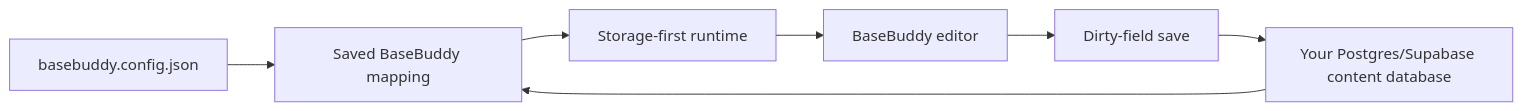
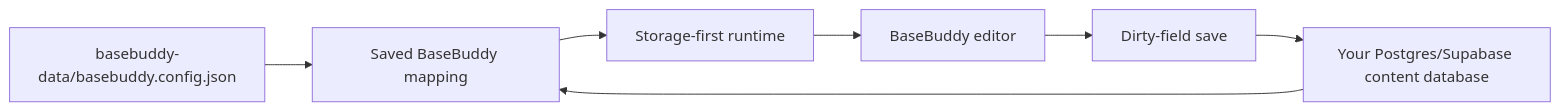
One commit to basebuddy-cms/basebuddy changed the diagram in README.md. Above: the diagram before and after it, drawn with Mermaid. The commit also changed other lines of this file and 41 other files, not shown here.

Commit message:
Store BaseBuddy data in dedicated folder

````diff
--- a/README.md
+++ b/README.md
@@ -62,9 +62,9 @@
 ```mermaid
 flowchart LR
-  Config["basebuddy.config.json"] --> Mapping["Saved BaseBuddy mapping"]
+  Config["basebuddy-data/basebuddy.config.json"] --> Mapping["Saved BaseBuddy mapping"]
   Database["Your Postgres/Supabase content database"] --> Mapping
   Mapping --> Runtime["Storage-first runtime"]
   Runtime --> Editor["BaseBuddy editor"]
   Editor --> Dirty["Dirty-field save"]
   Dirty --> Database
 ```
````
